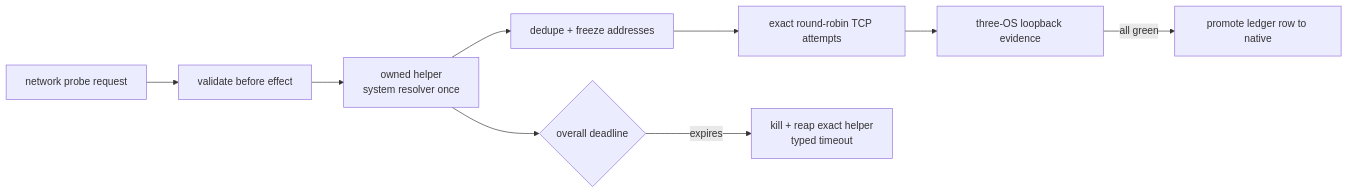
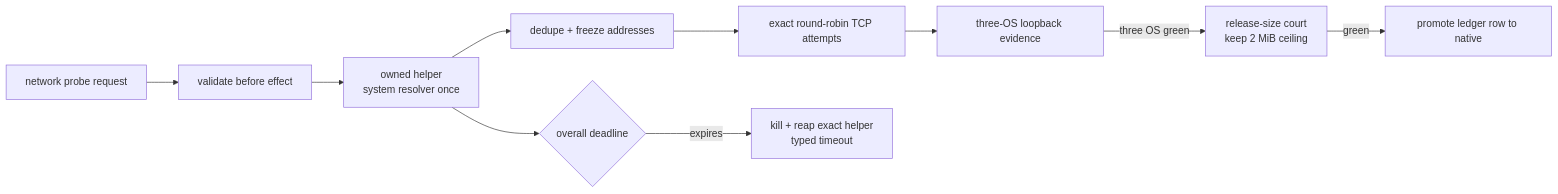
One commit to partnernetsoftware/agenterm changed the second of 2 diagrams in prd/PRD_02_28_agenterm_cu.md. Above: the diagram before and after it, drawn with Mermaid. The commit also changed other lines of this file and 3 other files, not shown here.

Commit message:
test(cu): record three-os network probe court

````diff
--- a/prd/PRD_02_28_agenterm_cu.md
+++ b/prd/PRD_02_28_agenterm_cu.md
@@ -363,11 +369,12 @@
 ```mermaid
 flowchart LR
   N["network probe request"] --> A["validate before effect"]
   A --> H["owned helper<br/>system resolver once"]
   H --> F["dedupe + freeze addresses"]
   F --> T["exact round-robin TCP attempts"]
   H --> D{"overall deadline"}
   D -->|expires| K["kill + reap exact helper<br/>typed timeout"]
   T --> E["three-OS loopback evidence"]
-  E -->|all green| P["promote ledger row to native"]
+  E -->|three OS green| B["release-size court<br/>keep 2 MiB ceiling"]
+  B -->|green| P["promote ledger row to native"]
 ```
````
